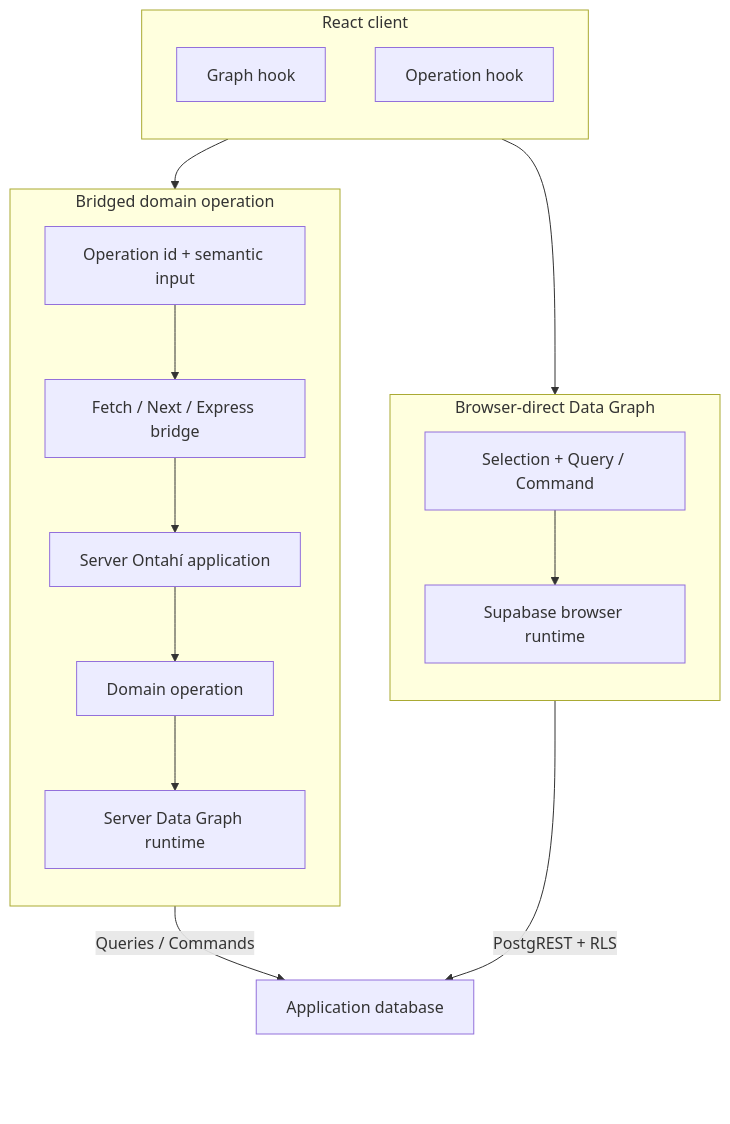
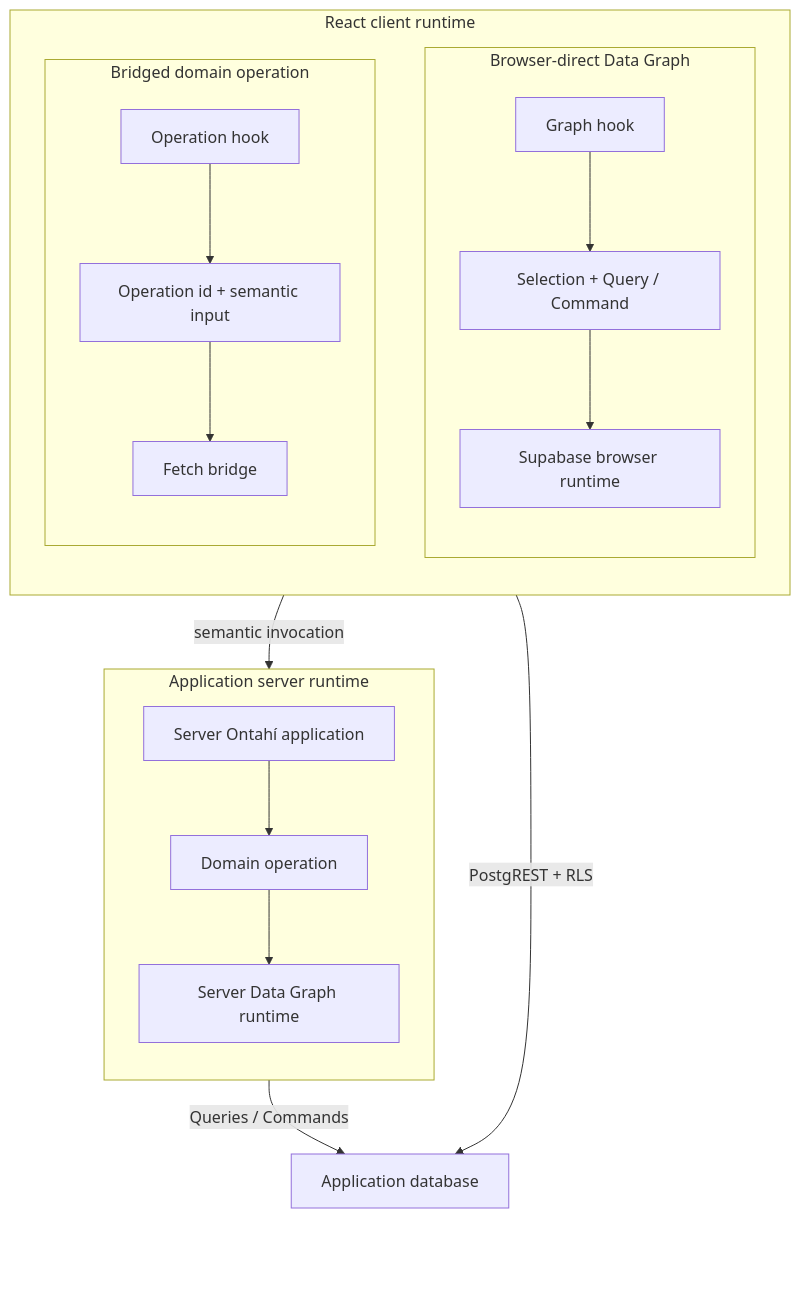
One commit to javifernandes/ontahi-library changed the diagram in library/02-ontahi-for-developers/03-carrying-the-model/03-transport-bridges-and-http-ingress.md. Above: the diagram before and after it, drawn with Mermaid. The commit also changed 2 other files, not shown here.

Commit message:
docs: map Ontahi further directions

````diff
--- a/library/02-ontahi-for-developers/03-carrying-the-model/03-transport-bridges-and-http-ingress.md
+++ b/library/02-ontahi-for-developers/03-carrying-the-model/03-transport-bridges-and-http-ingress.md
@@ -90,32 +90,33 @@
 ```mermaid
 flowchart TB
-  subgraph Client["React client"]
+  subgraph Client["React client runtime"]
     direction TB
-    DirectHook["Graph hook"]
-    OperationHook["Operation hook"]
+    subgraph Direct["Browser-direct Data Graph"]
+      direction TB
+      DirectHook["Graph hook"] --> Plan["Selection + Query / Command"]
+      Plan --> BrowserRuntime["Supabase browser runtime"]
+    end
+
+    subgraph BridgedClient["Bridged domain operation"]
+      direction TB
+      OperationHook["Operation hook"] --> Intention["Operation id + semantic input"]
+      Intention --> Bridge["Fetch bridge"]
+    end
   end
 
-  subgraph Direct["Browser-direct Data Graph"]
+  subgraph Server["Application server runtime"]
     direction TB
-    Plan["Selection + Query / Command"] --> BrowserRuntime["Supabase browser runtime"]
-  end
-
-  subgraph Bridged["Bridged domain operation"]
-    direction TB
-    Intention["Operation id + semantic input"]
-    Intention --> Bridge["Fetch / Next / Express bridge"]
-    Bridge --> ServerApp["Server Ontahí application"]
+    ServerApp["Server Ontahí application"]
     ServerApp --> DomainOperation["Domain operation"]
     DomainOperation --> ServerRuntime["Server Data Graph runtime"]
   end
 
   Database["Application database"]
-  DirectHook --> Plan
   BrowserRuntime -->|"PostgREST + RLS"| Database
-  OperationHook --> Intention
+  Bridge -->|"semantic invocation"| ServerApp
   ServerRuntime -->|"Queries / Commands"| Database
   Database ~~~ DatabaseMargin[" "]
 
   classDef margin fill:transparent,stroke:transparent,color:transparent
   class DatabaseMargin margin
 ```
````
